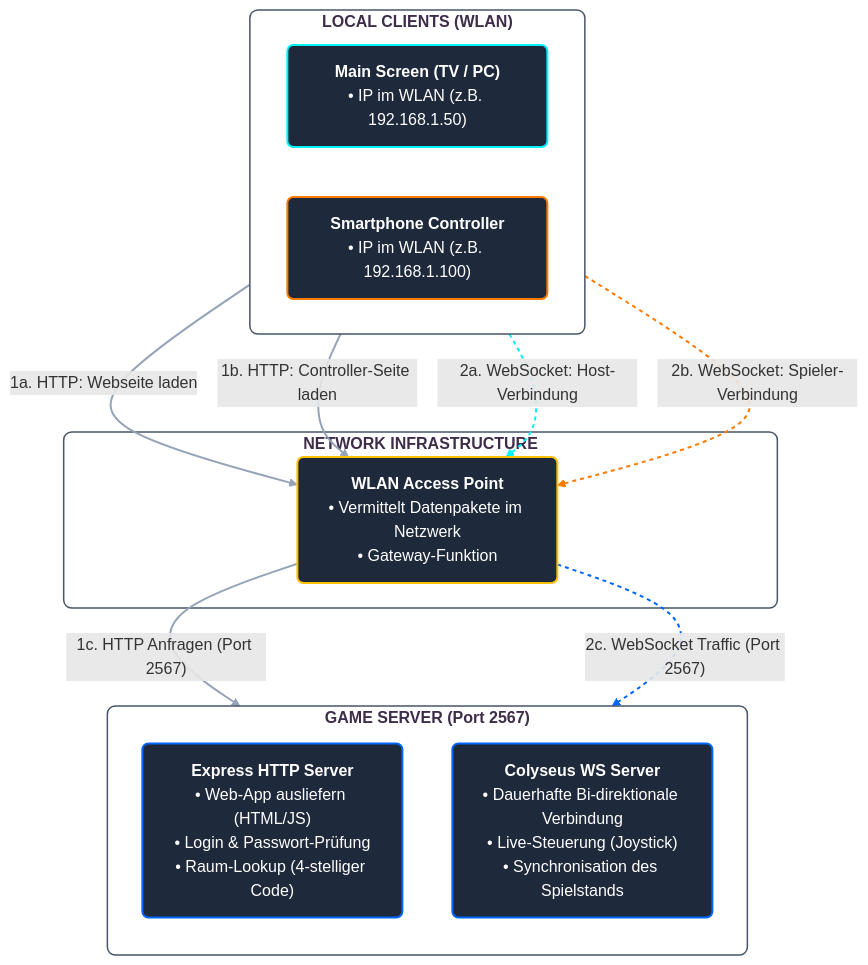
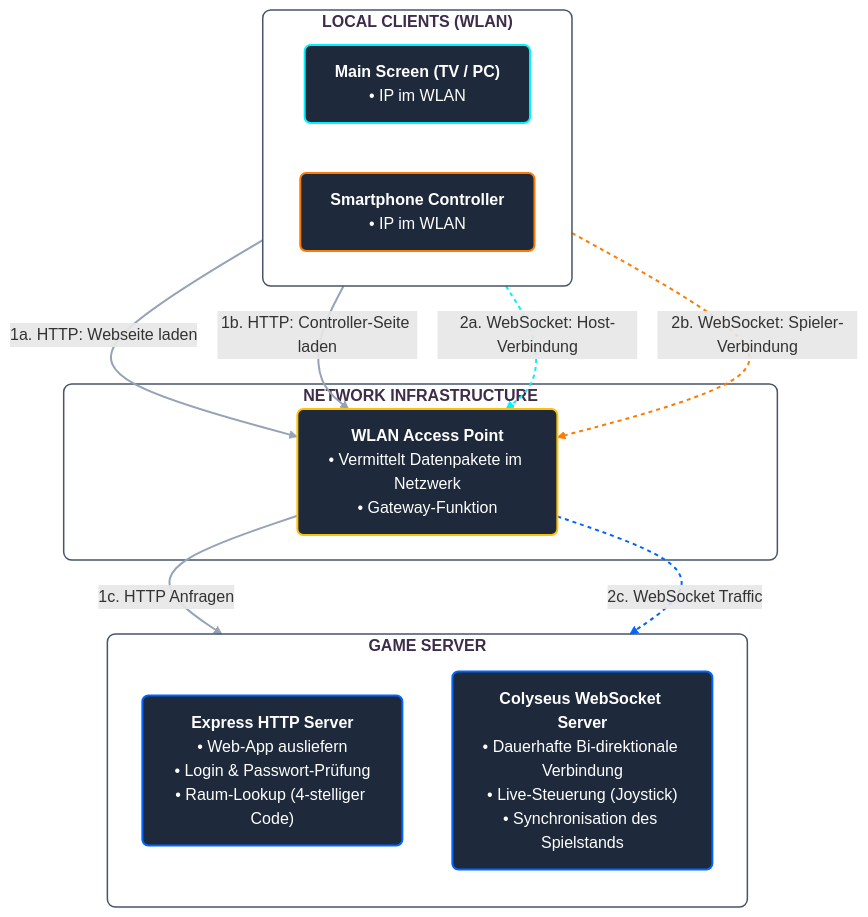
The second of 3 diagrams in content/ss26/master/m5-jugendfeuerwehr/framework.md (chrisWolter/showtime-website), drawn with Mermaid before and after one commit. The commit also changed 3 other files, not shown here.

Commit message:
update graphs

````diff
--- a/content/ss26/master/m5-jugendfeuerwehr/framework.md
+++ b/content/ss26/master/m5-jugendfeuerwehr/framework.md
@@ -88,54 +88,54 @@
 ```mermaid
 flowchart TB
     %% Visuelle Themes & Styles
     classDef tvScreen fill:#1e293b,stroke:#00f2fe,stroke-width:2px,color:#ffffff,rx:6px,ry:6px;
     classDef mobileController fill:#1e293b,stroke:#ff7a00,stroke-width:2px,color:#ffffff,rx:6px,ry:6px;
     classDef networkNode fill:#1e293b,stroke:#ffc107,stroke-width:2px,color:#ffffff,rx:6px,ry:6px;
     classDef serverProcess fill:#1e293b,stroke:#0066ff,stroke-width:2px,color:#ffffff,rx:6px,ry:6px;
 
     %% Subgraph Styling (Transparent)
     style CLIENTS fill:none,stroke:#475569,stroke-width:1.5px,color:#3e2d4a,rx:8px;
     style ROUTER fill:none,stroke:#475569,stroke-width:1.5px,color:#3e2d4a,rx:8px;
     style SERVER fill:none,stroke:#475569,stroke-width:1.5px,color:#3e2d4a,rx:8px;
 
     %% Nodes & Subgraphs
     subgraph CLIENTS ["<b>LOCAL CLIENTS (WLAN)</b>"]
         direction LR
-        TV["<b>Main Screen (TV / PC)</b><br/>• IP im WLAN (z.B. 192.168.1.50)"]
-        Phone["<b>Smartphone Controller</b><br/>• IP im WLAN (z.B. 192.168.1.100)"]
+        TV["<b>Main Screen (TV / PC)</b><br/>• IP im WLAN "]
+        Phone["<b>Smartphone Controller</b><br/>• IP im WLAN"]
     end
 
     subgraph ROUTER ["<b>NETWORK INFRASTRUCTURE</b>"]
         WLAN["<b>WLAN Access Point</b><br/>• Vermittelt Datenpakete im Netzwerk<br/>• Gateway-Funktion"]
     end
 
-    subgraph SERVER ["<b>GAME SERVER (Port 2567)</b>"]
+    subgraph SERVER ["<b>GAME SERVER</b>"]
         direction TB
-        HTTP["<b>Express HTTP Server</b><br/>• Web-App ausliefern (HTML/JS)<br/>• Login & Passwort-Prüfung<br/>• Raum-Lookup (4-stelliger Code)"]
-        WS["<b>Colyseus WS Server</b><br/>• Dauerhafte Bi-direktionale Verbindung<br/>• Live-Steuerung (Joystick)<br/>• Synchronisation des Spielstands"]
+        HTTP["<b>Express HTTP Server</b><br/>• Web-App ausliefern<br/>• Login & Passwort-Prüfung<br/>• Raum-Lookup (4-stelliger Code)"]
+        WS["<b>Colyseus WebSocket Server</b><br/>• Dauerhafte Bi-direktionale Verbindung<br/>• Live-Steuerung (Joystick)<br/>• Synchronisation des Spielstands"]
     end
 
     %% Netzwerk-Verbindungen (HTTP Phase)
     TV ==>|1a. HTTP: Webseite laden| WLAN
     Phone ==>|1b. HTTP: Controller-Seite laden| WLAN
-    WLAN ==>|"1c. HTTP Anfragen (Port 2567)"| HTTP
+    WLAN ==>|"1c. HTTP Anfragen"| HTTP
 
     %% Netzwerk-Verbindungen (WebSocket Phase)
     TV -. "2a. WebSocket: Host-Verbindung" .-> WLAN
     Phone -. "2b. WebSocket: Spieler-Verbindung" .-> WLAN
-    WLAN -. "2c. WebSocket Traffic (Port 2567)" .-> WS
+    WLAN -. "2c. WebSocket Traffic" .-> WS
 
     %% Class Assignments
     class TV tvScreen;
     class Phone mobileController;
     class WLAN networkNode;
     class HTTP,WS serverProcess;
 
     %% Link Styling
     linkStyle 0 stroke:#94a3b8,stroke-width:2px;
     linkStyle 1 stroke:#94a3b8,stroke-width:2px;
     linkStyle 2 stroke:#94a3b8,stroke-width:2px;
     linkStyle 3 stroke:#00f2fe,stroke-width:2px,stroke-dasharray: 4 4;
     linkStyle 4 stroke:#ff7a00,stroke-width:2px,stroke-dasharray: 4 4;
     linkStyle 5 stroke:#0066ff,stroke-width:2px,stroke-dasharray: 4 4;
 ```
````
